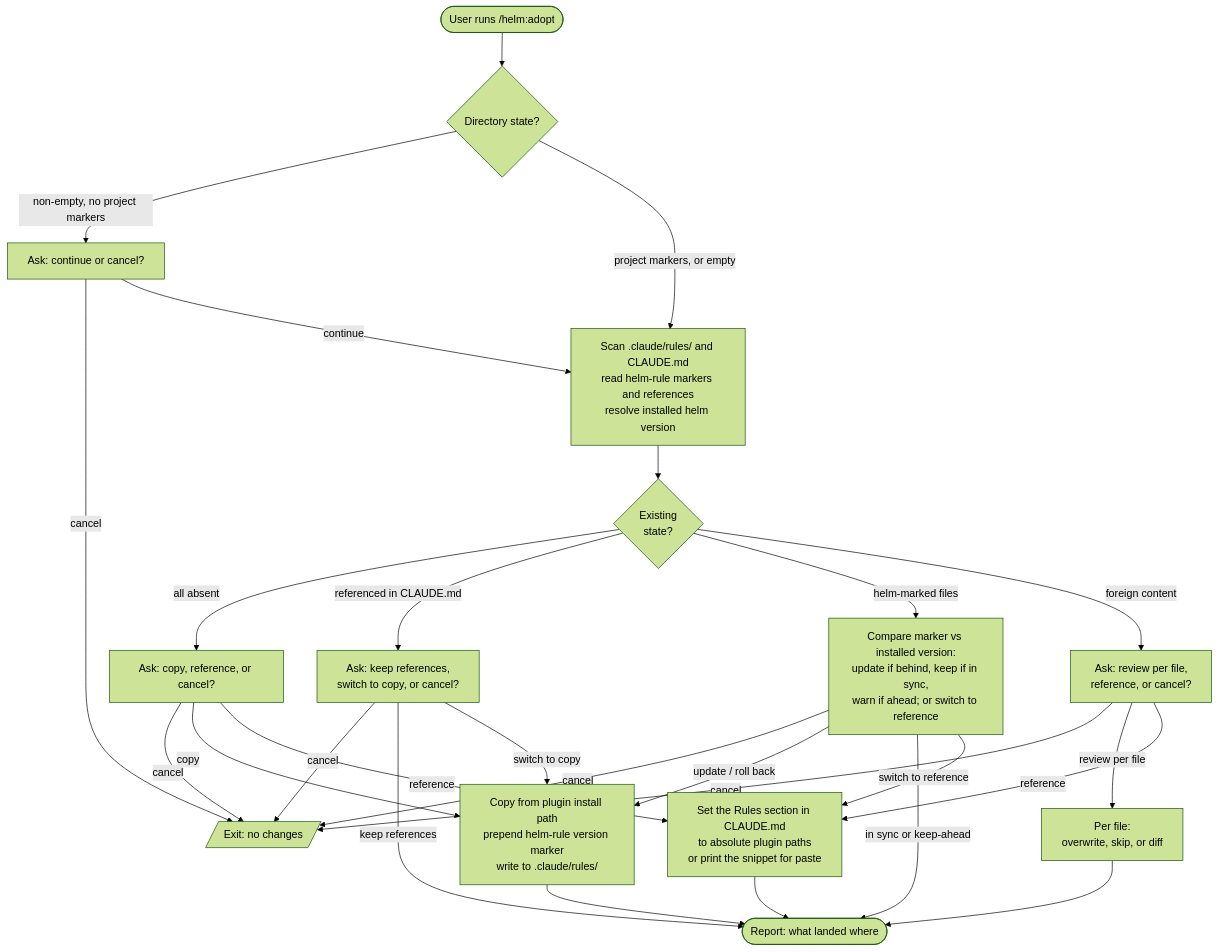
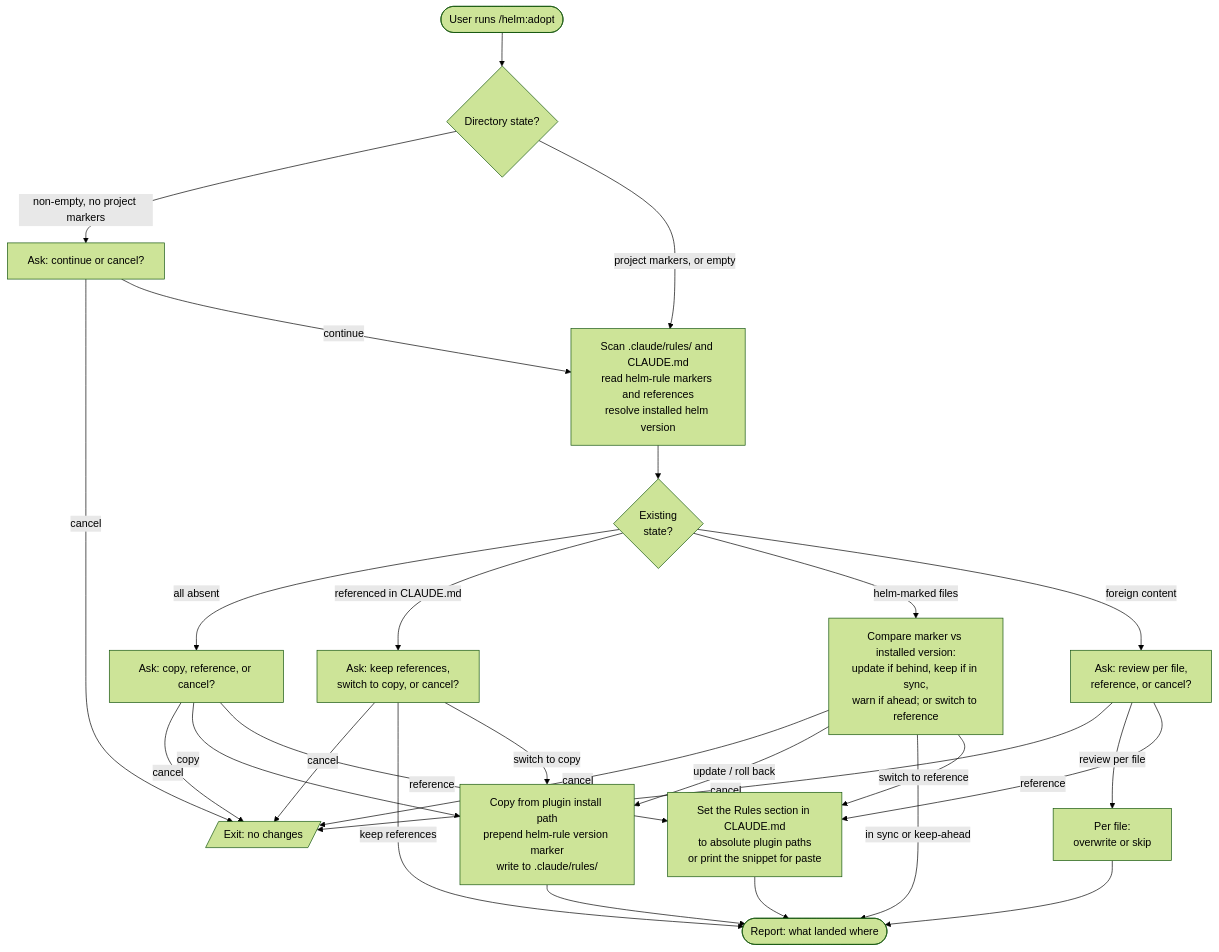
One commit to myowinthein/agent-helm changed the diagram in docs/commands/adopt.md. Above: the diagram before and after it, drawn with Mermaid (forest theme). The commit also changed other lines of this file and 1 other file, not shown here.

Commit message:
refactor(adopt): make Review per file an explicit prompt, drop Show diff
- Spell out the foreign-file decision as a full AskUserQuestion block,
  consistent with every other prompt in the command (was terse prose).
- Remove "Show diff" — it floods the terminal with rule-file content and
  needs loop-back logic, for a comparison the dev can do with git diff.
  Now Overwrite / Skip, with a note that manual diffing is available.

````diff
--- a/docs/commands/adopt.md
+++ b/docs/commands/adopt.md
@@ -15,36 +15,36 @@
 ```mermaid
 flowchart TD
   Start([User runs /helm:adopt]) --> Sanity{Directory state?}
   Sanity -->|non-empty, no project markers| AskContinue[Ask: continue or cancel?]
   AskContinue -->|cancel| Cancel[/Exit: no changes/]
   AskContinue -->|continue| Scan
   Sanity -->|project markers, or empty| Scan
 
   Scan[Scan .claude/rules/ and CLAUDE.md<br/>read helm-rule markers and references<br/>resolve installed helm version] --> State{Existing<br/>state?}
 
   State -->|all absent| Fresh[Ask: copy, reference, or cancel?]
   State -->|referenced in CLAUDE.md| Referenced[Ask: keep references,<br/>switch to copy, or cancel?]
   State -->|helm-marked files| Update[Compare marker vs installed version:<br/>update if behind, keep if in sync,<br/>warn if ahead; or switch to reference]
   State -->|foreign content| Conflict[Ask: review per file,<br/>reference, or cancel?]
 
   Fresh -->|cancel| Cancel
   Referenced -->|cancel| Cancel
   Update -->|cancel| Cancel
   Conflict -->|cancel| Cancel
 
   Fresh -->|copy| Copy
   Fresh -->|reference| Reference
   Referenced -->|keep references| Done
   Referenced -->|switch to copy| Copy
   Update -->|update / roll back| Copy
   Update -->|in sync or keep-ahead| Done
   Update -->|switch to reference| Reference
-  Conflict -->|review per file| PerFile[Per file:<br/>overwrite, skip, or diff]
+  Conflict -->|review per file| PerFile[Per file:<br/>overwrite or skip]
   Conflict -->|reference| Reference
 
   Copy[Copy from plugin install path<br/>prepend helm-rule version marker<br/>write to .claude/rules/] --> Done
   PerFile --> Done
   Reference[Set the Rules section in CLAUDE.md<br/>to absolute plugin paths<br/>or print the snippet for paste] --> Done
 
   Done([Report: what landed where])
 ```
````
